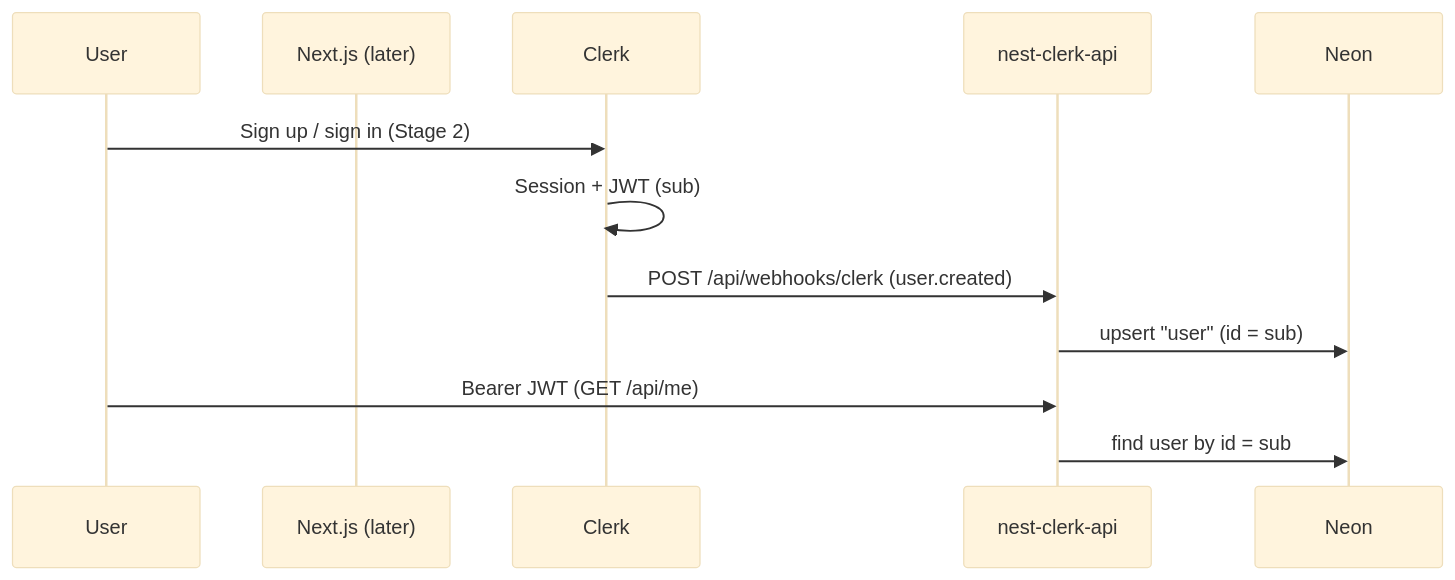
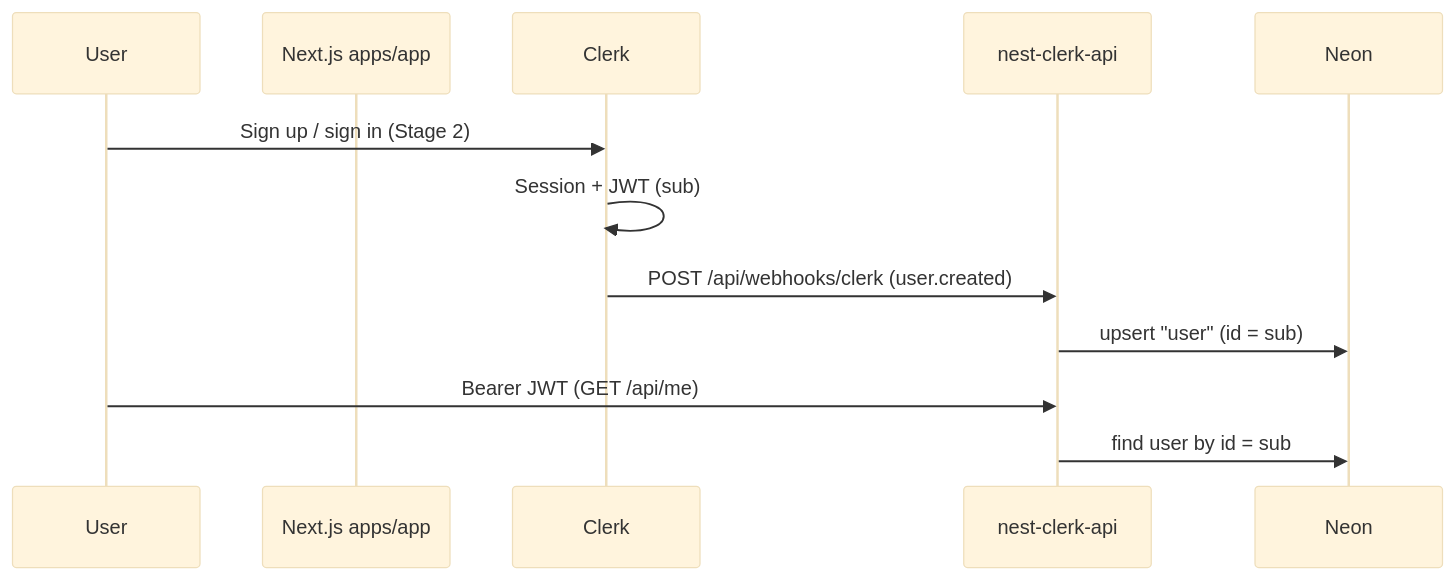
One commit to eric-nichols-nyc/CodeDrill changed the diagram in apps/app/docs/context/features-spec/clerk-neon-auth/README.md. Above: the diagram before and after it, drawn with Mermaid (base theme). The commit also changed other lines of this file and 9 other files, not shown here.

````diff
--- a/apps/app/docs/context/features-spec/clerk-neon-auth/README.md
+++ b/apps/app/docs/context/features-spec/clerk-neon-auth/README.md
@@ -11,15 +11,15 @@
 ```mermaid
 sequenceDiagram
   participant User
-  participant Next as Next.js (later)
+  participant Next as Next.js apps/app
   participant Clerk
   participant API as nest-clerk-api
   participant DB as Neon
 
   User->>Clerk: Sign up / sign in (Stage 2)
   Clerk->>Clerk: Session + JWT (sub)
   Clerk->>API: POST /api/webhooks/clerk (user.created)
   API->>DB: upsert "user" (id = sub)
   User->>API: Bearer JWT (GET /api/me)
   API->>DB: find user by id = sub
 ```
````
